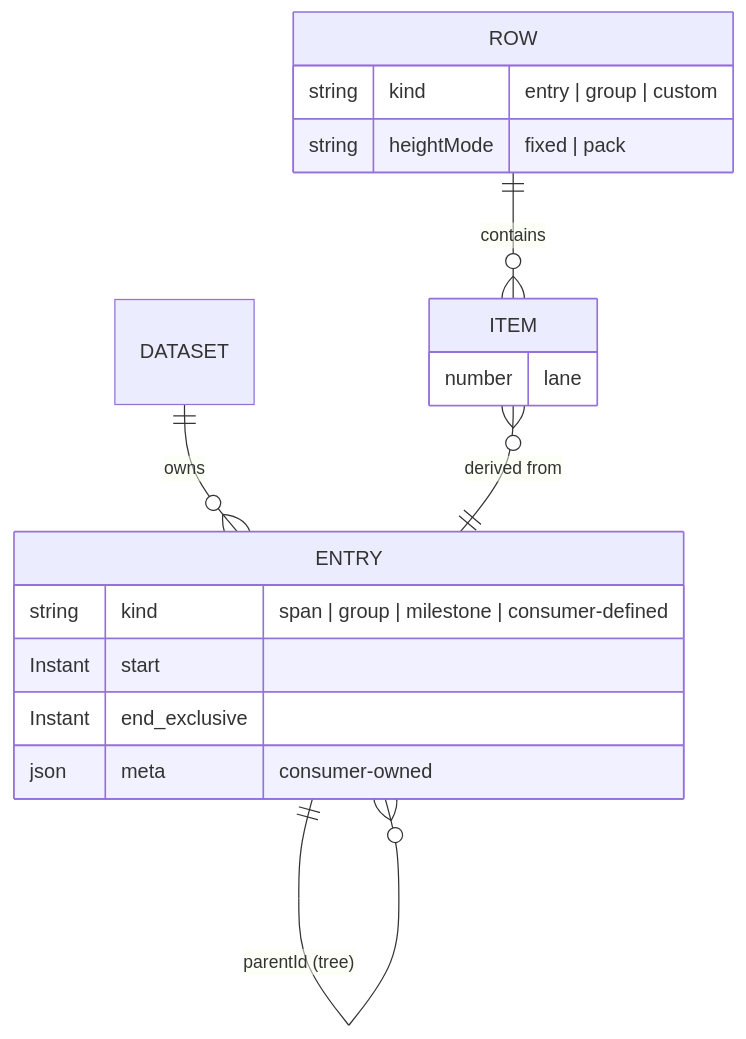
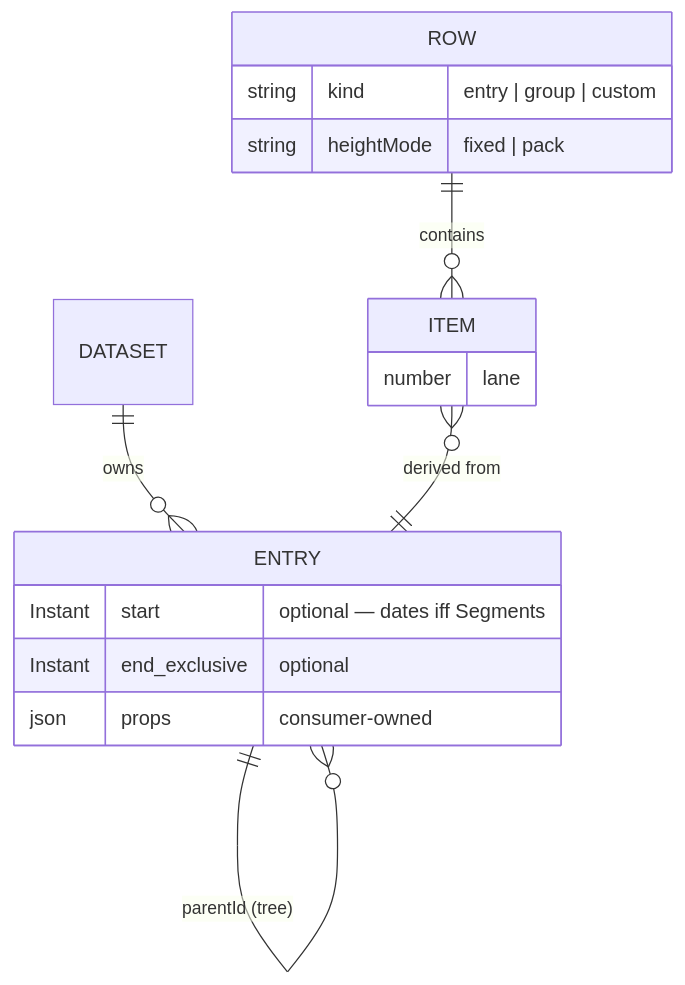
One commit to freegantt/freegantt changed the third of 6 diagrams in plans/01-domain-architecture.md. Above: the diagram before and after it, drawn with Mermaid. The commit also changed other lines of this file and 56 other files, not shown here.

````diff
--- a/plans/01-domain-architecture.md
+++ b/plans/01-domain-architecture.md
@@ -195,22 +192,21 @@
 ```mermaid
 erDiagram
   DATASET ||--o{ ENTRY : owns
   ENTRY ||--o{ ENTRY : "parentId (tree)"
 
   ROW ||--o{ ITEM : contains
   ITEM }o--|| ENTRY : "derived from"
 
   ENTRY {
-    string kind "span | group | milestone | consumer-defined"
-    Instant start
-    Instant end_exclusive
-    json meta "consumer-owned"
+    Instant start "optional — dates iff Segments"
+    Instant end_exclusive "optional"
+    json props "consumer-owned"
   }
   ROW {
     string kind "entry | group | custom"
     string heightMode "fixed | pack"
   }
   ITEM {
     number lane
   }
 ```
````
